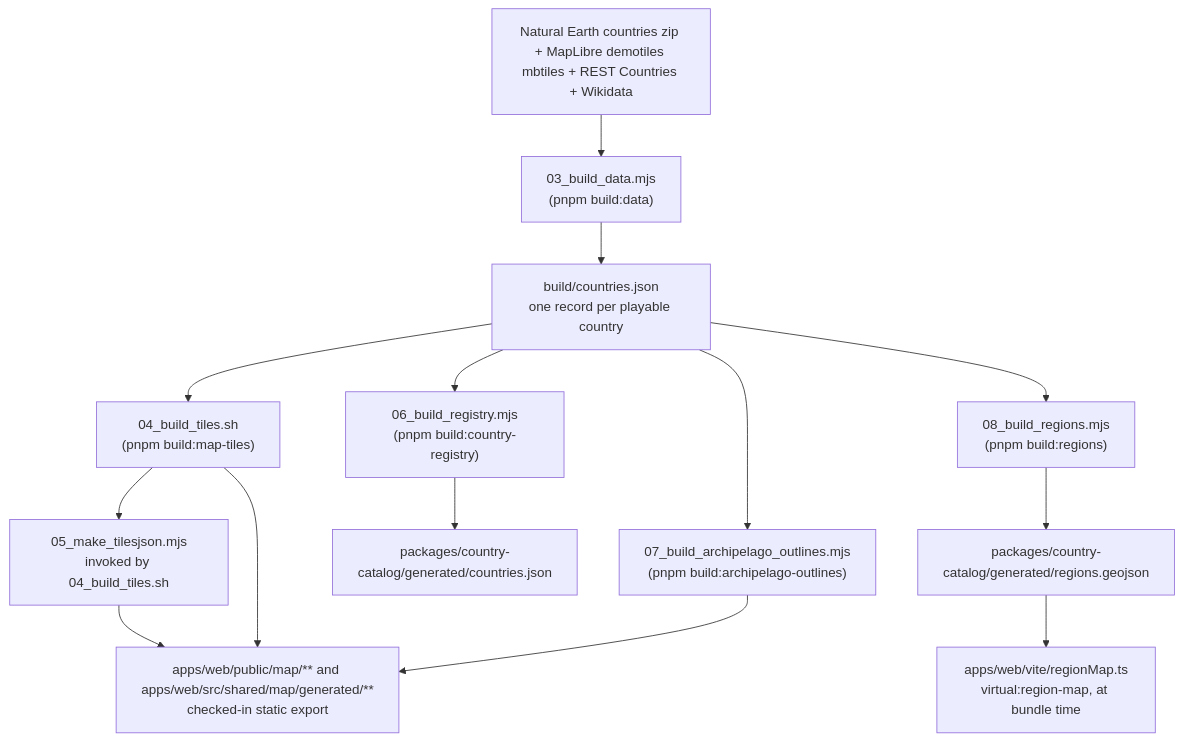
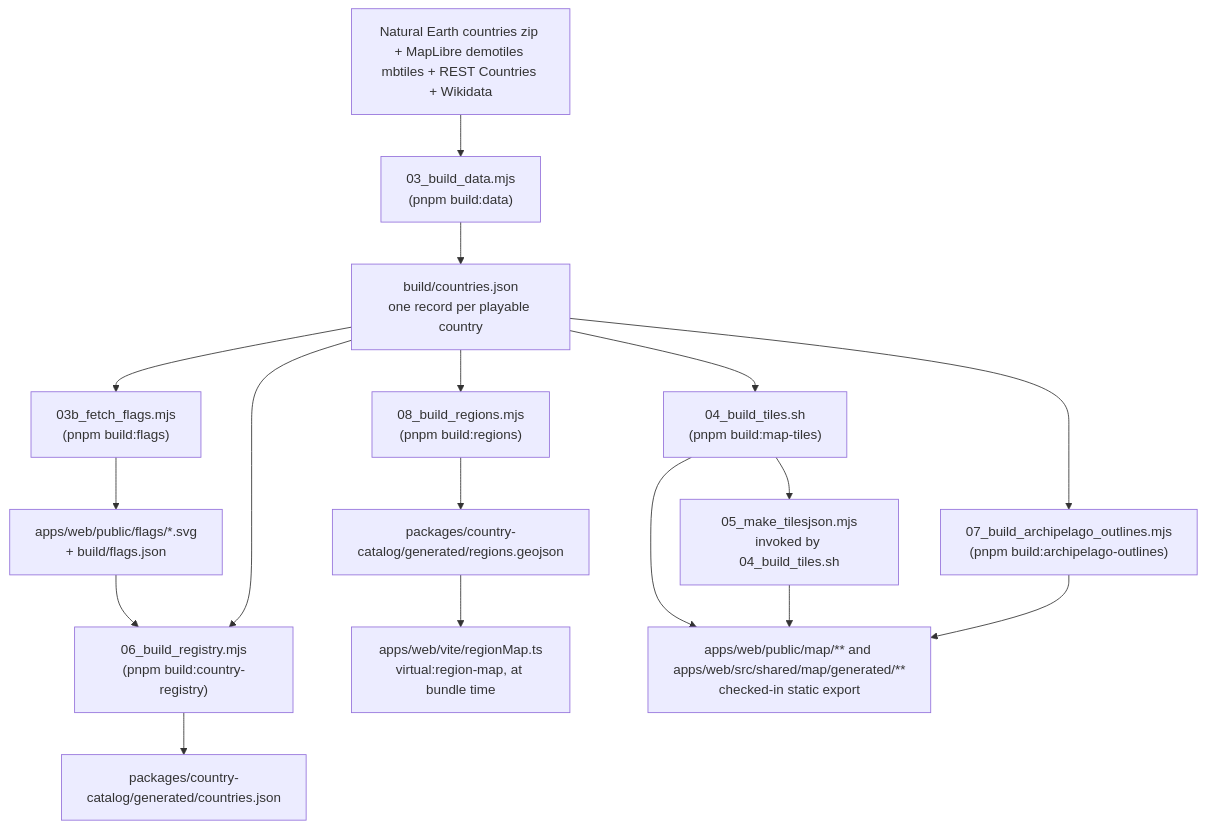
Before and after one commit to atamuratov07/georally-game: the diagram in docs/architecture/data-pipeline.md, drawn with Mermaid. The commit also changed other lines of this file and 207 other files, not shown here.

Commit message:
feat(web): self-host the flags

````diff
--- a/docs/architecture/data-pipeline.md
+++ b/docs/architecture/data-pipeline.md
@@ -5,29 +5,34 @@
 ```mermaid
 graph TD
     Upstream["Natural Earth countries zip + MapLibre demotiles mbtiles + REST Countries + Wikidata"]
     BuildData["03_build_data.mjs<br/>(pnpm build:data)"]
     Countries["build/countries.json<br/>one record per playable country"]
     BuildTiles["04_build_tiles.sh<br/>(pnpm build:map-tiles)"]
     TileJson["05_make_tilesjson.mjs<br/>invoked by 04_build_tiles.sh"]
+    BuildFlags["03b_fetch_flags.mjs<br/>(pnpm build:flags)"]
+    WebFlags["apps/web/public/flags/*.svg<br/>+ build/flags.json"]
     BuildRegistry["06_build_registry.mjs<br/>(pnpm build:country-registry)"]
     CatalogJson["packages/country-catalog/generated/countries.json"]
     BuildOutlines["07_build_archipelago_outlines.mjs<br/>(pnpm build:archipelago-outlines)"]
     BuildRegions["08_build_regions.mjs<br/>(pnpm build:regions)"]
     CatalogRegions["packages/country-catalog/generated/regions.geojson"]
     RegionPlugin["apps/web/vite/regionMap.ts<br/>virtual:region-map, at bundle time"]
     WebMap["apps/web/public/map/** and apps/web/src/shared/map/generated/**<br/>checked-in static export"]
 
     Upstream --> BuildData
     BuildData --> Countries
     Countries --> BuildTiles
+    Countries --> BuildFlags
+    BuildFlags --> WebFlags
+    WebFlags --> BuildRegistry
     Countries --> BuildRegistry
     Countries --> BuildOutlines
     Countries --> BuildRegions
     BuildTiles --> TileJson
     BuildTiles --> WebMap
     TileJson --> WebMap
     BuildRegistry --> CatalogJson
     BuildOutlines --> WebMap
     BuildRegions --> CatalogRegions
     CatalogRegions --> RegionPlugin
 ```
````
